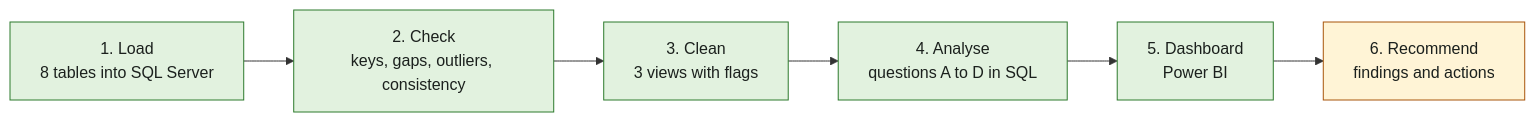
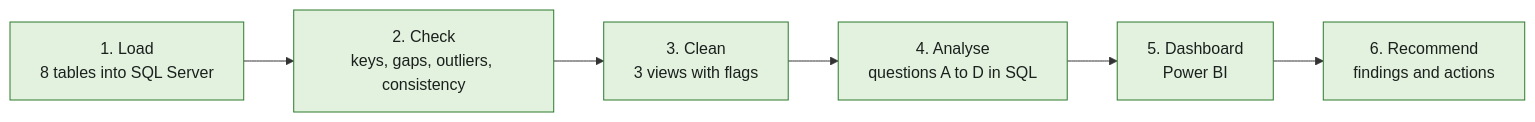
One commit to talshelin/ecommerce-sales-analysis changed the second of 3 diagrams in README.md. Above: the diagram before and after it, drawn with Mermaid. The commit also changed other lines of this file, not shown here.

````diff
--- a/README.md
+++ b/README.md
@@ -67,14 +70,13 @@
 ```mermaid
 flowchart LR
     A["1. Load<br/>8 tables into SQL Server"] --> B["2. Check<br/>keys, gaps, outliers, consistency"]
     B --> C["3. Clean<br/>3 views with flags"]
     C --> D["4. Analyse<br/>questions A to D in SQL"]
     D --> E["5. Dashboard<br/>Power BI"]
     E --> F["6. Recommend<br/>findings and actions"]
 
     classDef done fill:#e2f2df,stroke:#2c7a2c,color:#1b201d
     classDef doing fill:#fff4d6,stroke:#a8550a,color:#1b201d
     classDef todo fill:#f1f3ef,stroke:#9aa49d,color:#5b645e,stroke-dasharray: 4 3
-    class A,B,C,D,E done
-    class F doing
+    class A,B,C,D,E,F done
 ```
````
